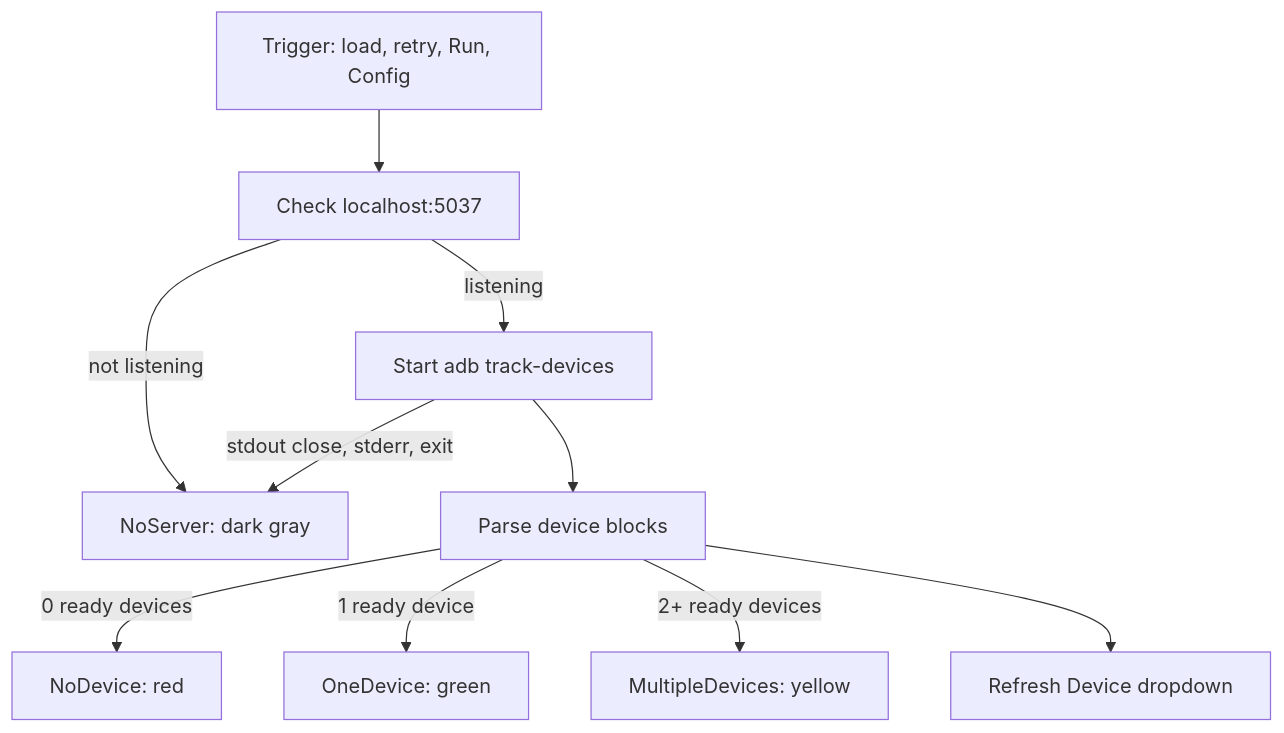
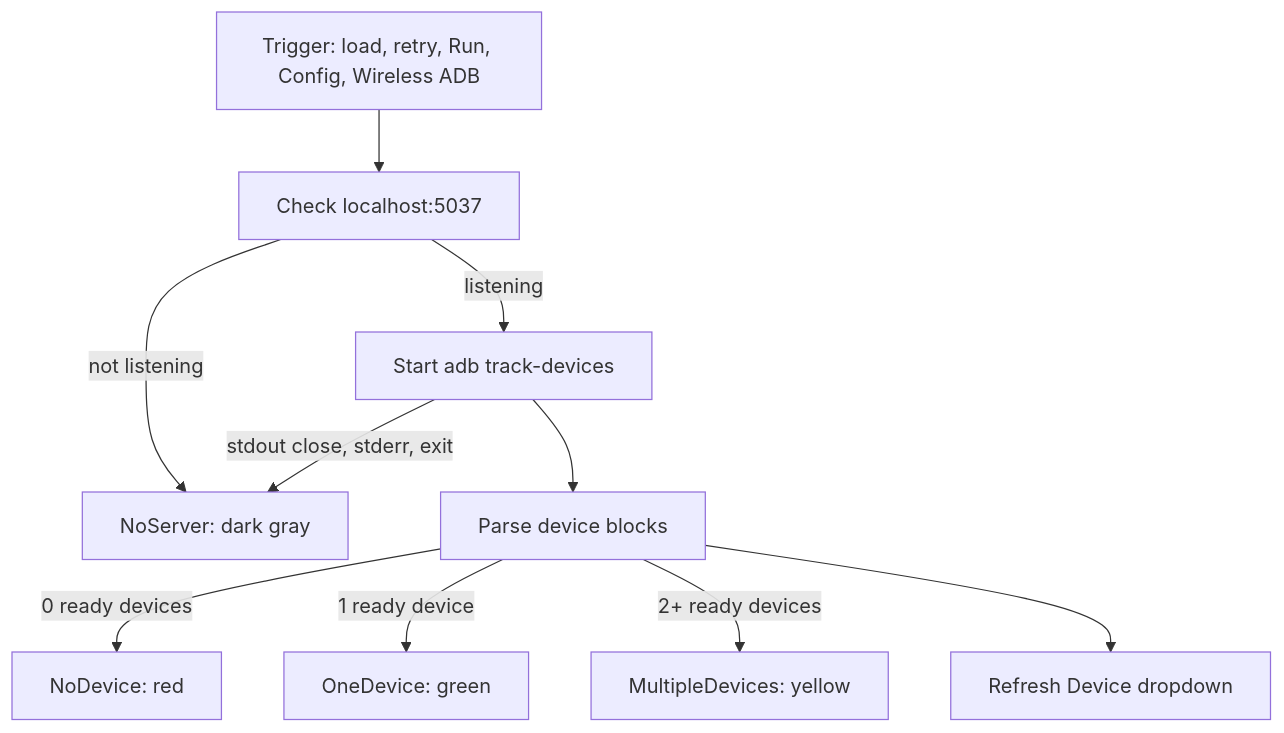
One commit to okp1988/Lazy_App_Codex_Core changed the second of 4 diagrams in docs/ARCHITECTURE.md. Above: the diagram before and after it, drawn with Mermaid. The commit also changed other lines of this file and 11 other files, not shown here.

First line of the commit message:
Add Wireless ADB Pair/Connect UI and helpers

````diff
--- a/docs/ARCHITECTURE.md
+++ b/docs/ARCHITECTURE.md
@@ -107,12 +114,12 @@
 ```mermaid
 flowchart TD
-    A["Trigger: load, retry, Run, Config"] --> B["Check localhost:5037"]
+    A["Trigger: load, retry, Run, Config, Wireless ADB"] --> B["Check localhost:5037"]
     B -->|not listening| C["NoServer: dark gray"]
     B -->|listening| D["Start adb track-devices"]
     D --> E["Parse device blocks"]
     E -->|0 ready devices| F["NoDevice: red"]
     E -->|1 ready device| G["OneDevice: green"]
     E -->|2+ ready devices| H["MultipleDevices: yellow"]
     E --> I["Refresh Device dropdown"]
     D -->|stdout close, stderr, exit| C
 ```
````
